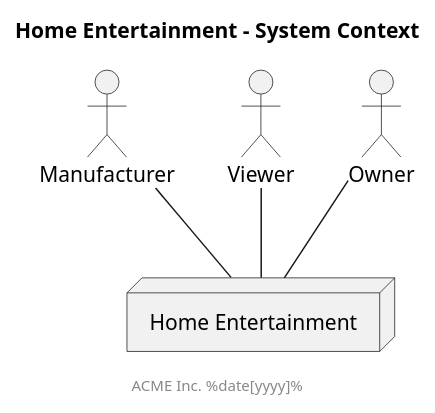
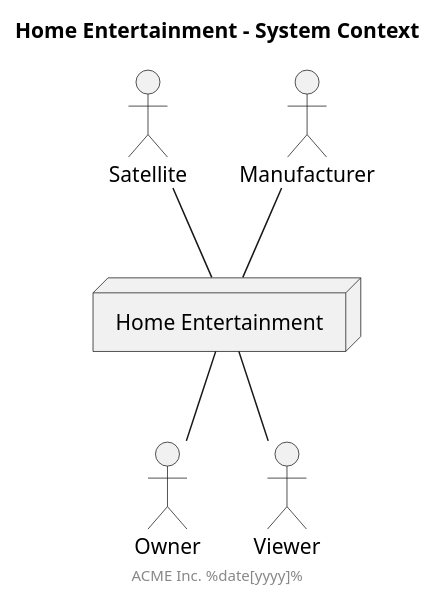
One commit to anoff/antora-arc42 changed the first of 2 diagrams in docs/modules/ROOT/pages/03_system_scope_and_context.adoc. Above: the diagram before and after it, drawn with PlantUML. The commit also changed other lines of this file and 3 other files, not shown here.

```diff
--- a/docs/modules/ROOT/pages/03_system_scope_and_context.adoc
+++ b/docs/modules/ROOT/pages/03_system_scope_and_context.adoc
@@ -39,16 +39,18 @@
 [plantuml, system-context-business, png]
 ....
 skinparam monochrome true
 title Home Entertainment - System Context
 footer ACME Inc. %date[yyyy]%
 
 node "Home Entertainment" as system
 
 actor Owner
 actor Viewer
 actor Manufacturer
+actor Satellite
 
-system -up- Owner
-system -up- Viewer
+system -down- Owner
+system -down- Viewer
 system -up- Manufacturer
+system -up- Satellite
 ....
```
